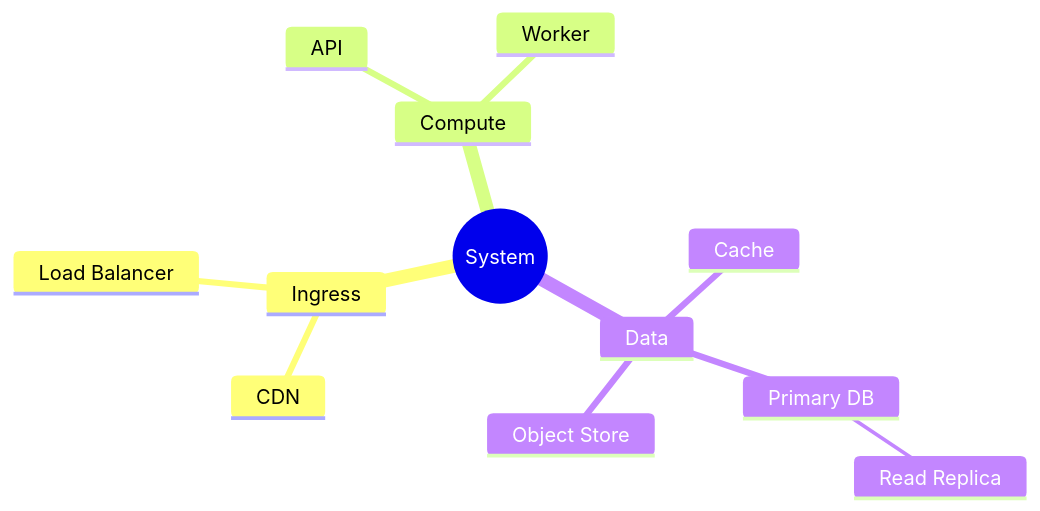
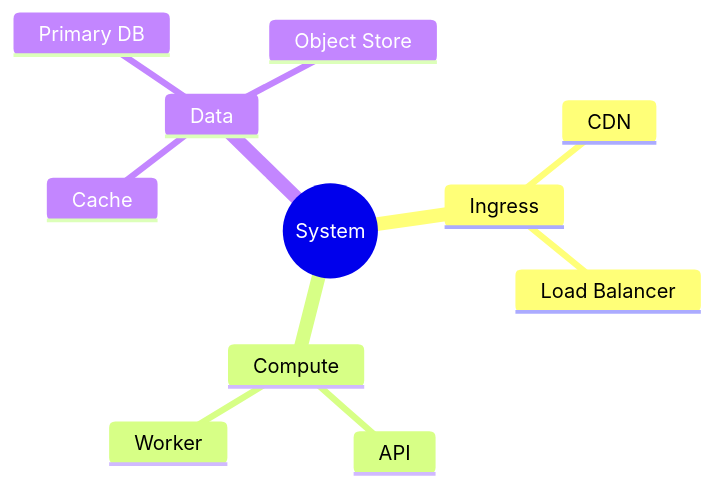
Before and after one commit to neozenith/agentic-dotfiles: the ninth of 10 diagrams in skills/mermaidjs-diagrams/resources/examples/README.md, drawn with Mermaid. The commit also changed other lines of this file and 23 other files, not shown here.

Commit message:
updated mermaidjs docs

````diff
--- a/skills/mermaidjs-diagrams/resources/examples/README.md
+++ b/skills/mermaidjs-diagrams/resources/examples/README.md
@@ -543,21 +600,20 @@
 ```mermaid
 ---
 config:
   layout: tidy-tree
   look: classic
   theme: default
 ---
 mindmap
   root((System))
     Ingress
       CDN
       Load Balancer
     Compute
       API
       Worker
     Data
       Cache
       Primary DB
-        Read Replica
       Object Store
 ```
````
